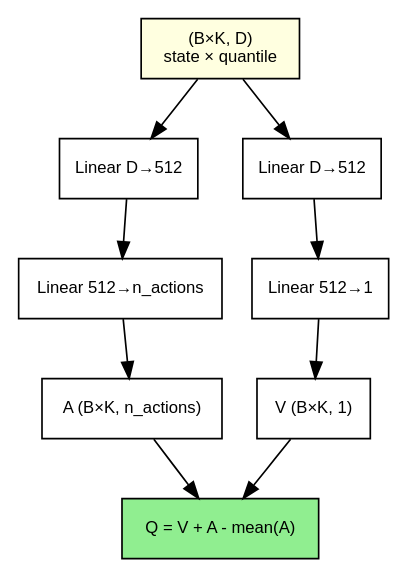
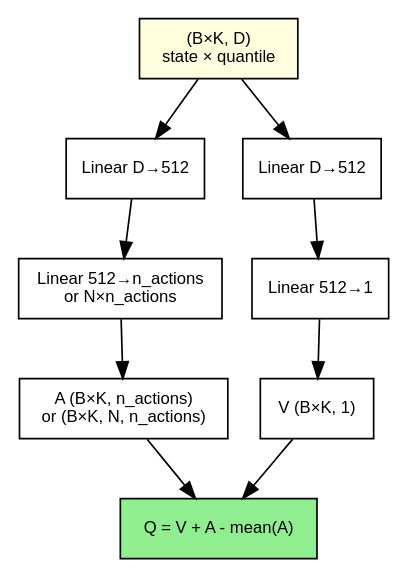
Before and after one commit to ArtyomZemlyak/rulka: the fifth of 5 diagrams in docs/source/experiments/models/iqn_architecture.rst, drawn with Graphviz. The commit also changed other lines of this file and 89 other files, not shown here.

```diff
--- a/docs/source/experiments/models/iqn_architecture.rst
+++ b/docs/source/experiments/models/iqn_architecture.rst
@@ -220,18 +233,18 @@
 .. graphviz::
 
    digraph dueling_detail {
       rankdir=TB;
       node [shape=box, fontname="Helvetica", fontsize=10];
       in [label="(B×K, D)\nstate × quantile", fillcolor=lightyellow, style="filled"];
       a1 [label="Linear D→512"];
-      a2 [label="Linear 512→n_actions"];
+      a2 [label="Linear 512→n_actions\nor N×n_actions"];
       v1 [label="Linear D→512"];
       v2 [label="Linear 512→1"];
-      A [label="A (B×K, n_actions)"];
+      A [label="A (B×K, n_actions)\nor (B×K, N, n_actions)"];
       V [label="V (B×K, 1)"];
       Q [label="Q = V + A - mean(A)", fillcolor=lightgreen, style="filled"];
       in -> a1 -> a2 -> A;
       in -> v1 -> v2 -> V;
       A -> Q;
       V -> Q;
    }
```
